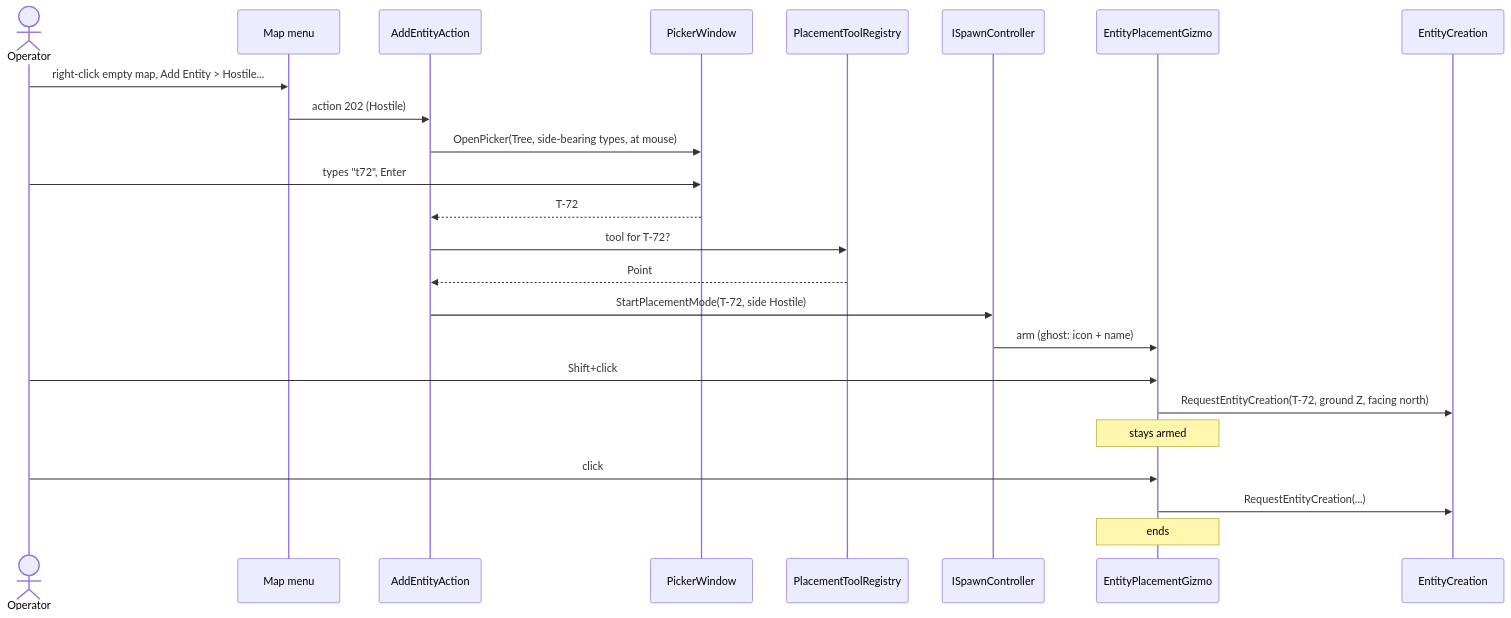
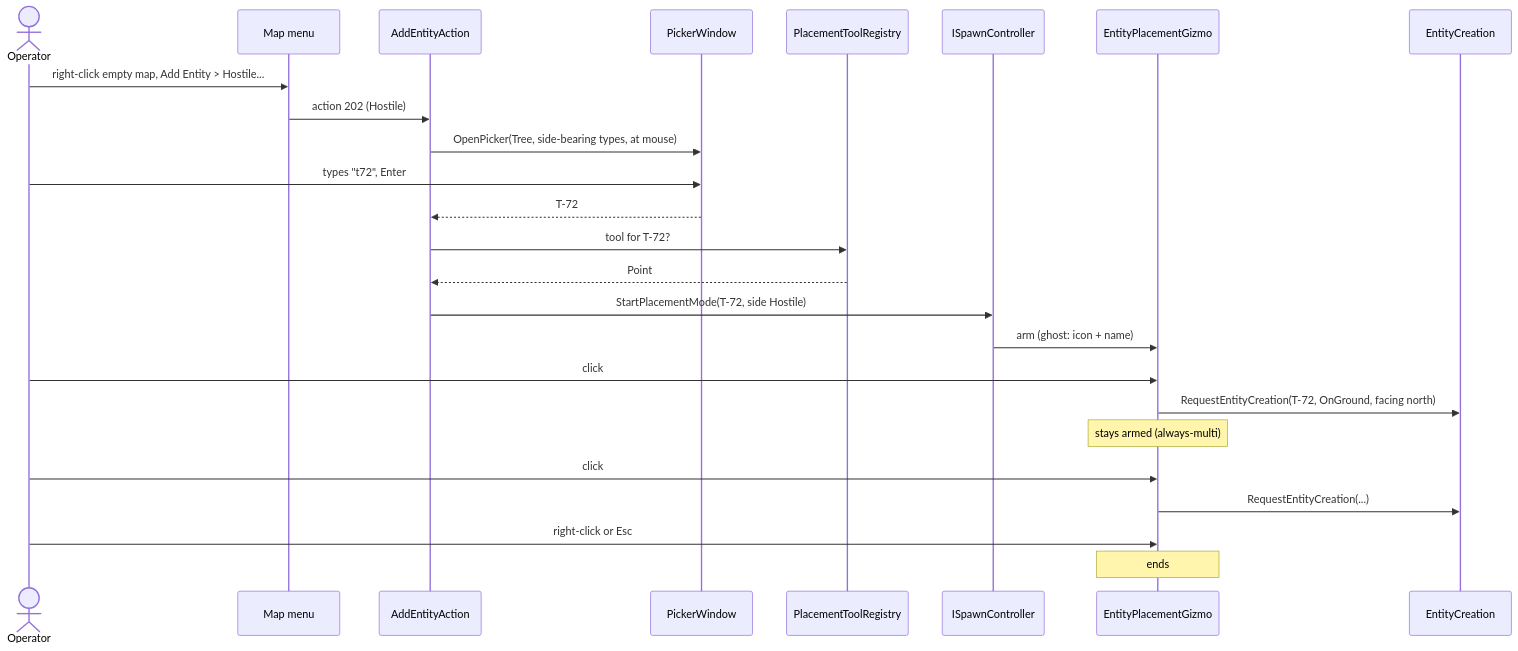
The second of 6 diagrams in docs/DESIGN_Add_Entity_Picker.md (pjanec/HROT), drawn with Mermaid before and after one commit. The commit also changed other lines of this file and 10 other files, not shown here.

````diff
--- a/docs/DESIGN_Add_Entity_Picker.md
+++ b/docs/DESIGN_Add_Entity_Picker.md
@@ -343,26 +343,27 @@
 ```mermaid
 sequenceDiagram
     actor U as Operator
     participant M as Map menu
     participant A as AddEntityAction
     participant P as PickerWindow
     participant R as PlacementToolRegistry
     participant S as ISpawnController
     participant T as EntityPlacementGizmo
     participant C as EntityCreation
     U->>M: right-click empty map, Add Entity > Hostile...
     M->>A: action 202 (Hostile)
     A->>P: OpenPicker(Tree, side-bearing types, at mouse)
     U->>P: types "t72", Enter
     P-->>A: T-72
     A->>R: tool for T-72?
     R-->>A: Point
     A->>S: StartPlacementMode(T-72, side Hostile)
     S->>T: arm (ghost: icon + name)
-    U->>T: Shift+click
-    T->>C: RequestEntityCreation(T-72, ground Z, facing north)
-    Note over T: stays armed
+    U->>T: click
+    T->>C: RequestEntityCreation(T-72, OnGround, facing north)
+    Note over T: stays armed (always-multi)
     U->>T: click
     T->>C: RequestEntityCreation(...)
+    U->>T: right-click or Esc
     Note over T: ends
 ```
````
